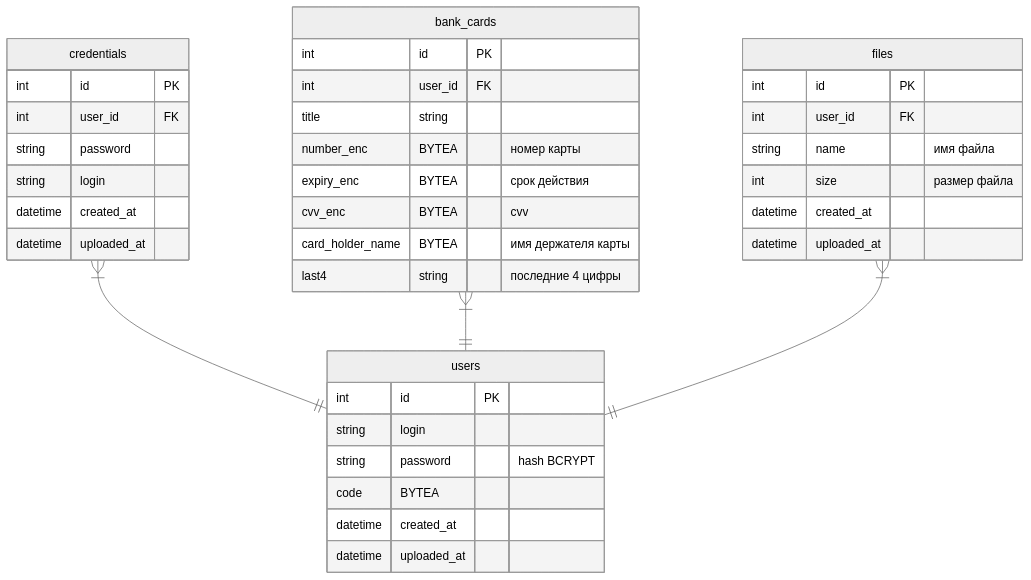
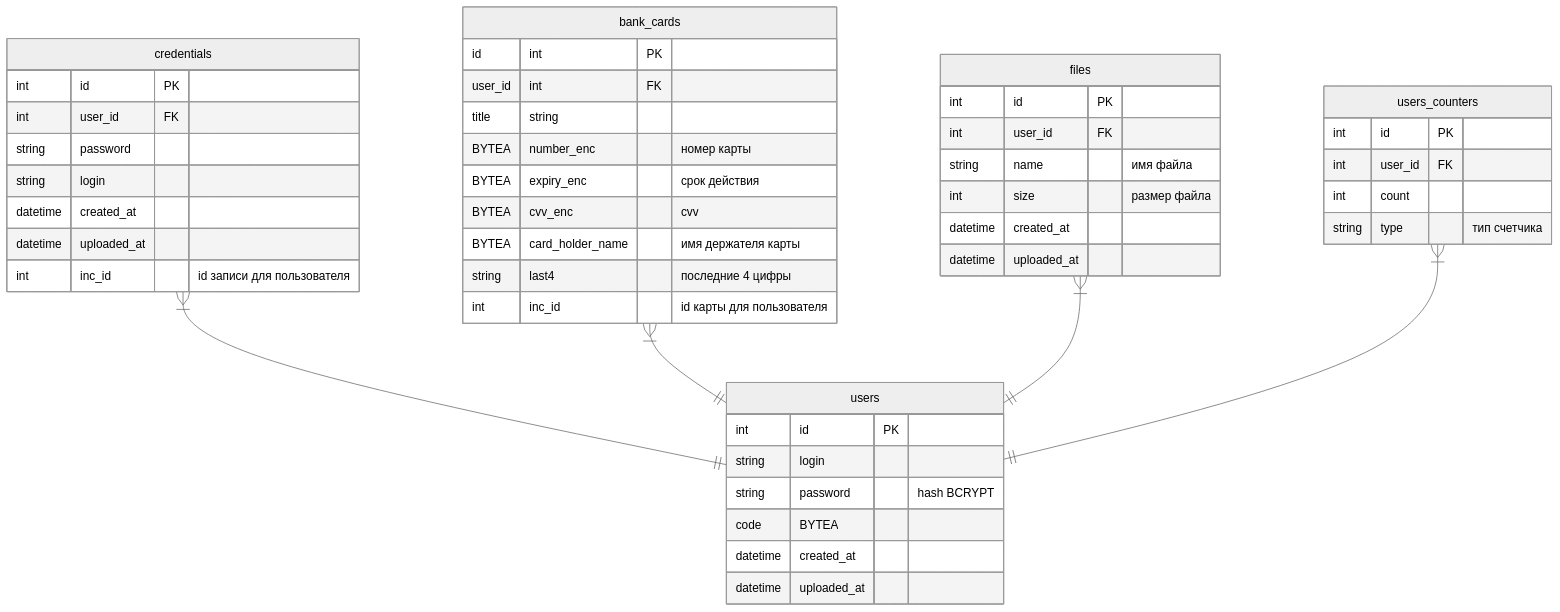
One commit to xboxser/GophKeeper changed the diagram in doc/db.md. Above: the diagram before and after it, drawn with Mermaid. The commit also changed 15 other files, not shown here.

````diff
--- a/doc/db.md
+++ b/doc/db.md
@@ -3,46 +3,55 @@
 ```mermaid
 ---
 config:
   theme: neutral
 ---
 erDiagram
 	direction TB
 	credentials {
 		int id PK ""  
         int user_id FK ""  
 		string password  ""  
         string login  ""  
 		datetime created_at  ""  
-		datetime uploaded_at  ""  
+		datetime uploaded_at  ""
+        int inc_id    "id записи для пользователя"  
 	}
 	users {
 		int id PK ""  
 		string login  ""  
 		string password  "hash BCRYPT"  
         code BYTEA  ""  
 		datetime created_at  ""  
 		datetime uploaded_at  ""  
 	}
+    users_counters {
+		int id PK ""  
+        int user_id FK ""  
+        int count ""
+        string type  "тип счетчика" 
+	}
     bank_cards {
-        int id PK ""  
-        int user_id FK ""  
+        id int  PK ""  
+        user_id int FK ""  
         title string  ""
-        number_enc BYTEA  "номер карты"  
-        expiry_enc BYTEA  "срок действия"
-        cvv_enc BYTEA  "cvv"
-        card_holder_name BYTEA  "имя держателя карты"
-        last4 string  "последние 4 цифры"
+        BYTEA number_enc   "номер карты"  
+        BYTEA expiry_enc  "срок действия"
+        BYTEA cvv_enc  "cvv"
+        BYTEA card_holder_name   "имя держателя карты"
+        string last4   "последние 4 цифры"
+        int inc_id    "id карты для пользователя"
     }
     files {
         int id PK ""
         int user_id FK ""
         string name "имя файла"
         int size "размер файла"
         datetime created_at  ""  
 		datetime uploaded_at  ""  
     }
 	credentials}|--||users:"  "
     bank_cards}|--||users:"  "
     files}|--||users:"  "
+    users_counters}|--||users:"  "
 
 ```
````
